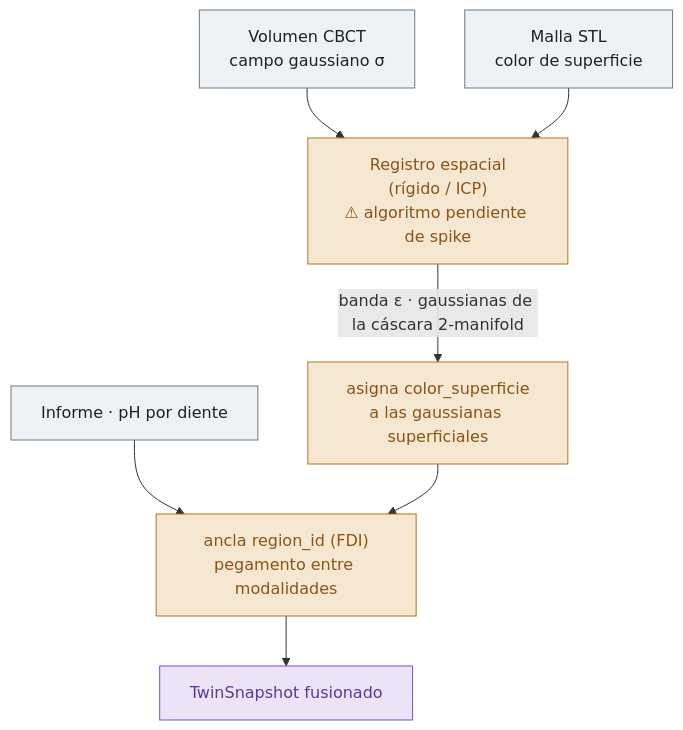
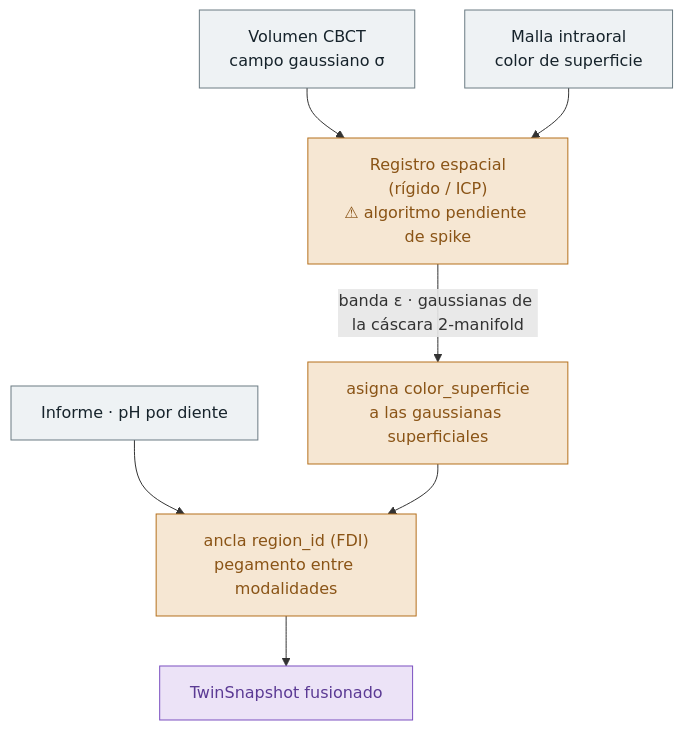
The second of 3 diagrams in docs/architecture/multi-agent-pipeline.md (ANFAIA/Agentic-Smart-Health), drawn with Mermaid before and after one commit. The commit also changed other lines of this file, not shown here.

Commit message:
docs(pipeline): fusion order provisional, ADR 003 explores (not closes) D4-D5, STL->malla

````diff
--- a/docs/architecture/multi-agent-pipeline.md
+++ b/docs/architecture/multi-agent-pipeline.md
@@ -193,16 +209,16 @@
 ```mermaid
 flowchart TB
   CBCT["Volumen CBCT<br/>campo gaussiano σ"] --> REG
-  STL["Malla STL<br/>color de superficie"] --> REG["Registro espacial<br/>(rígido / ICP)<br/>⚠ algoritmo pendiente de spike"]
+  MESH["Malla intraoral<br/>color de superficie"] --> REG["Registro espacial<br/>(rígido / ICP)<br/>⚠ algoritmo pendiente de spike"]
   REG -->|"banda ε · gaussianas de la cáscara 2-manifold"| ASSIGN["asigna color_superficie<br/>a las gaussianas superficiales"]
   REPORT["Informe · pH por diente"] --> FDI
   ASSIGN --> FDI["ancla region_id (FDI)<br/>pegamento entre modalidades"]
   FDI --> OUT["TwinSnapshot fusionado"]
 
   classDef file fill:#eef2f4,stroke:#6b7b83,color:#16232b;
   classDef proc fill:#f6e7d3,stroke:#b5701d,color:#8a5416;
   classDef out fill:#ece3f7,stroke:#7b4fc0,color:#5b3a94;
-  class CBCT,STL,REPORT file;
+  class CBCT,MESH,REPORT file;
   class REG,ASSIGN,FDI proc;
   class OUT out;
 ```
````
